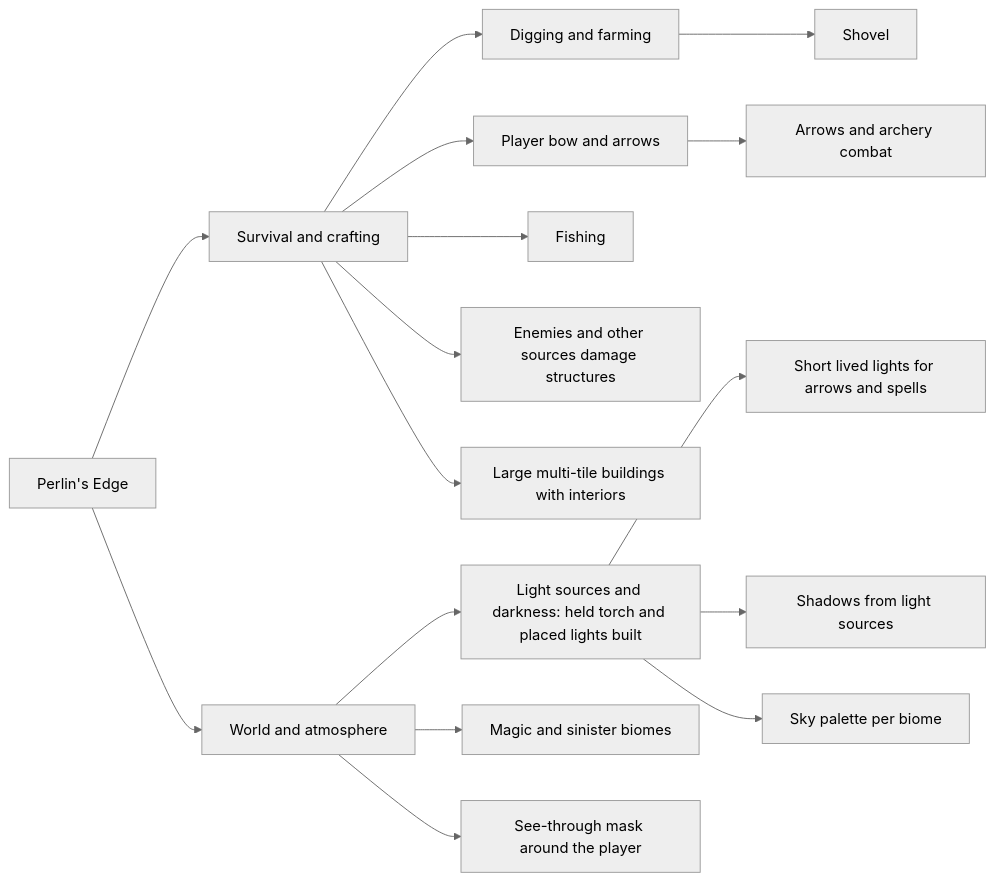
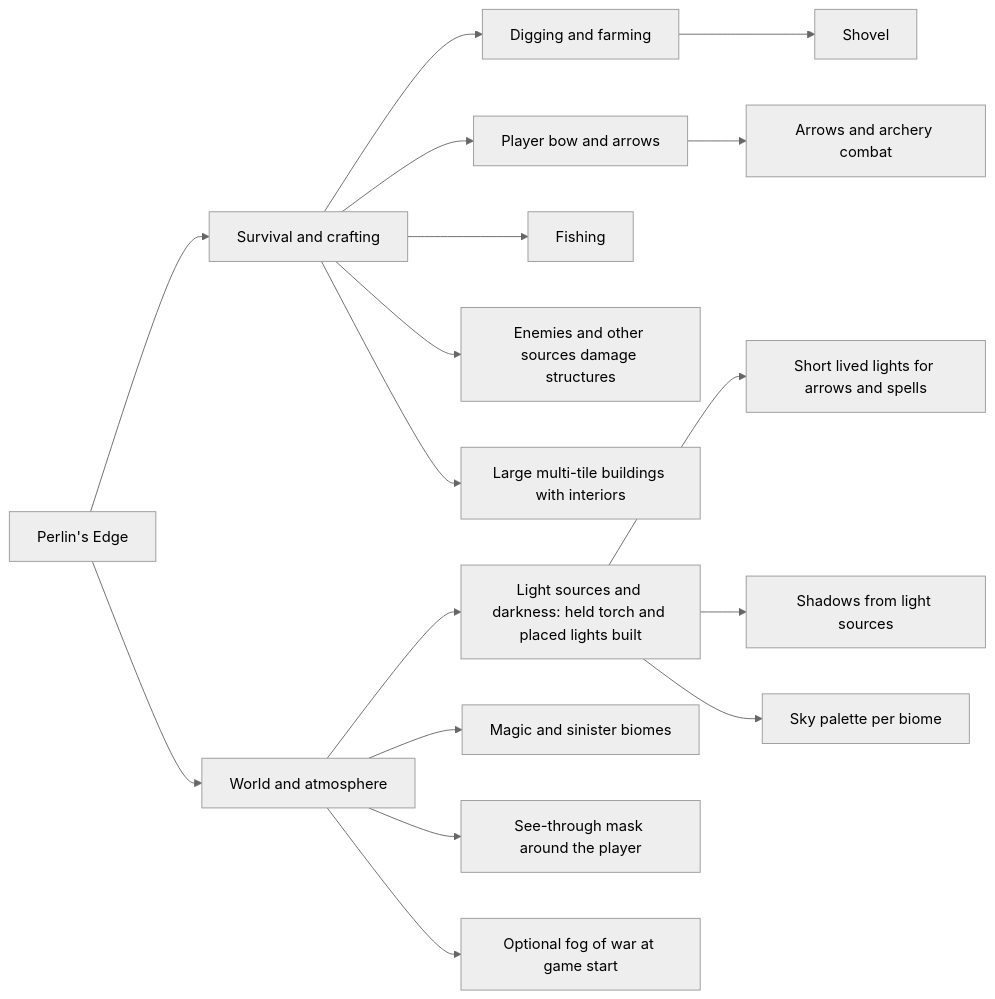
The diagram in docs/ROADMAP.md (kfeuerschvenger/perlinsedge), drawn with Mermaid (neutral theme) before and after one commit. The commit also changed other lines of this file, not shown here.

Commit message:
docs(roadmap): add the optional fog of war

````diff
--- a/docs/ROADMAP.md
+++ b/docs/ROADMAP.md
@@ -5,18 +5,19 @@
 ```mermaid
 flowchart LR
     game[Perlin's Edge] --> survival[Survival and crafting]
     game --> world[World and atmosphere]
     survival --> digging[Digging and farming]
     survival --> bow[Player bow and arrows]
     survival --> fishing[Fishing]
     survival --> structures[Enemies and other sources damage structures]
     survival --> large[Large multi-tile buildings with interiors]
     world --> lighting[Light sources and darkness: held torch and placed lights built]
     world --> biomes[Magic and sinister biomes]
     world --> seethrough[See-through mask around the player]
+    world --> fog[Optional fog of war at game start]
     digging --> shovel[Shovel]
     bow --> arrows[Arrows and archery combat]
     lighting --> placed[Short lived lights for arrows and spells]
     lighting --> shadows[Shadows from light sources]
     lighting --> palettes[Sky palette per biome]
 ```
````
